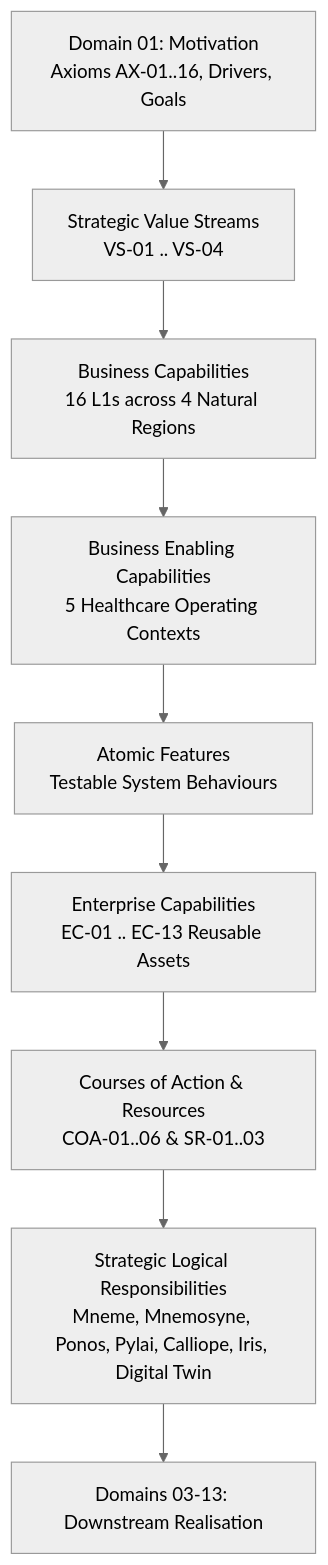
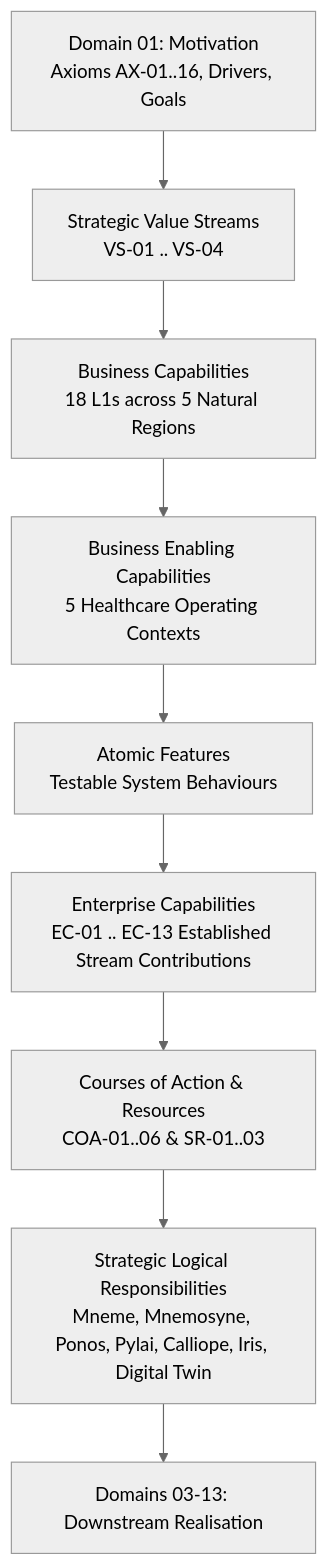
The fifth of 5 diagrams in docs/markdown/02-strategy/strategic-views/strategic-value-streams.md (fhirfactory/harmonia), drawn with Mermaid (neutral theme) before and after one commit. The commit also changed other lines of this file and 39 other files, not shown here.

````diff
--- a/docs/markdown/02-strategy/strategic-views/strategic-value-streams.md
+++ b/docs/markdown/02-strategy/strategic-views/strategic-value-streams.md
@@ -288,11 +288,11 @@
 ```mermaid
 graph TD
     MOT["Domain 01: Motivation<br/>Axioms AX-01..16, Drivers, Goals"] --> VS["Strategic Value Streams<br/>VS-01 .. VS-04"]
-    VS --> BC["Business Capabilities<br/>16 L1s across 4 Natural Regions"]
+    VS --> BC["Business Capabilities<br/>18 L1s across 5 Natural Regions"]
     BC --> BEC["Business Enabling Capabilities<br/>5 Healthcare Operating Contexts"]
     BEC --> FEAT["Atomic Features<br/>Testable System Behaviours"]
-    FEAT --> EC["Enterprise Capabilities<br/>EC-01 .. EC-13 Reusable Assets"]
+    FEAT --> EC["Enterprise Capabilities<br/>EC-01 .. EC-13 Established Stream Contributions"]
     EC --> COA["Courses of Action & Resources<br/>COA-01..06 & SR-01..03"]
     COA --> COMP["Strategic Logical Responsibilities<br/>Mneme, Mnemosyne, Ponos, Pylai, Calliope, Iris, Digital Twin"]
     COMP --> REAL["Domains 03-13: Downstream Realisation"]
 ```
````
